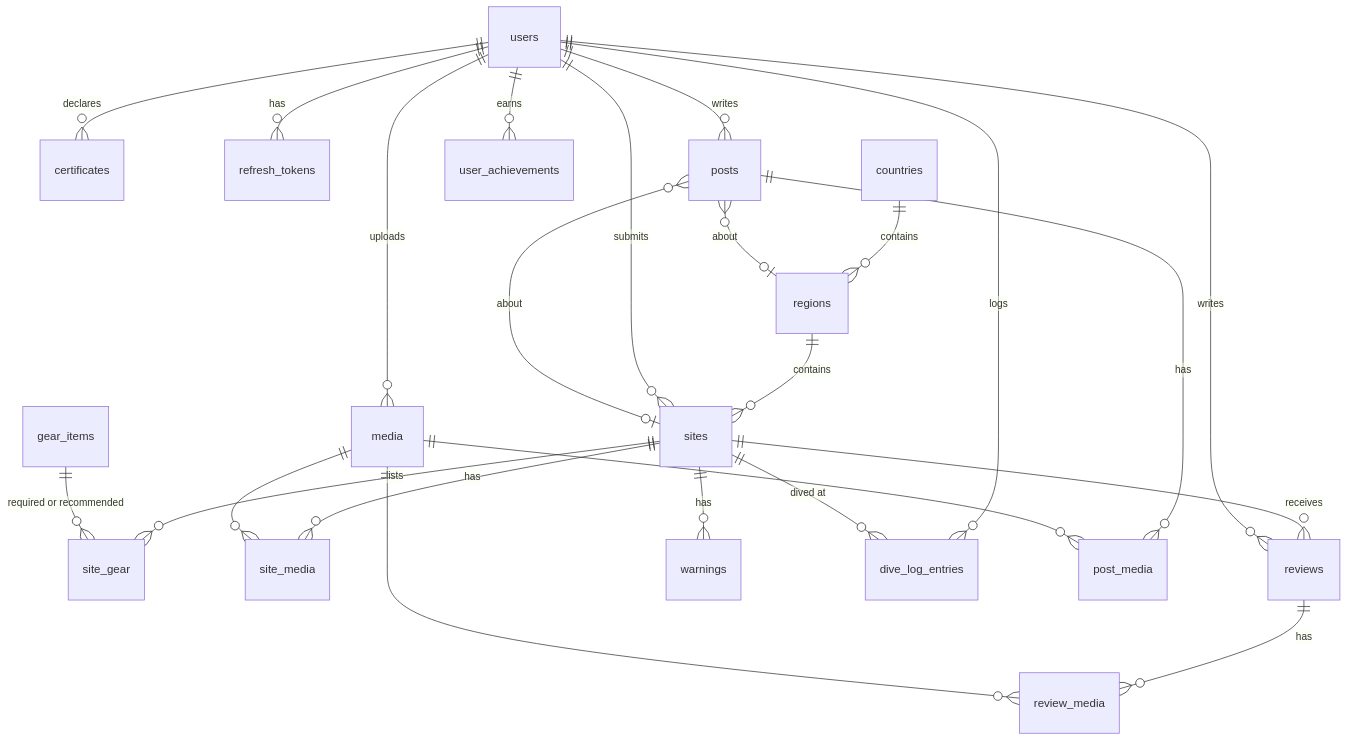
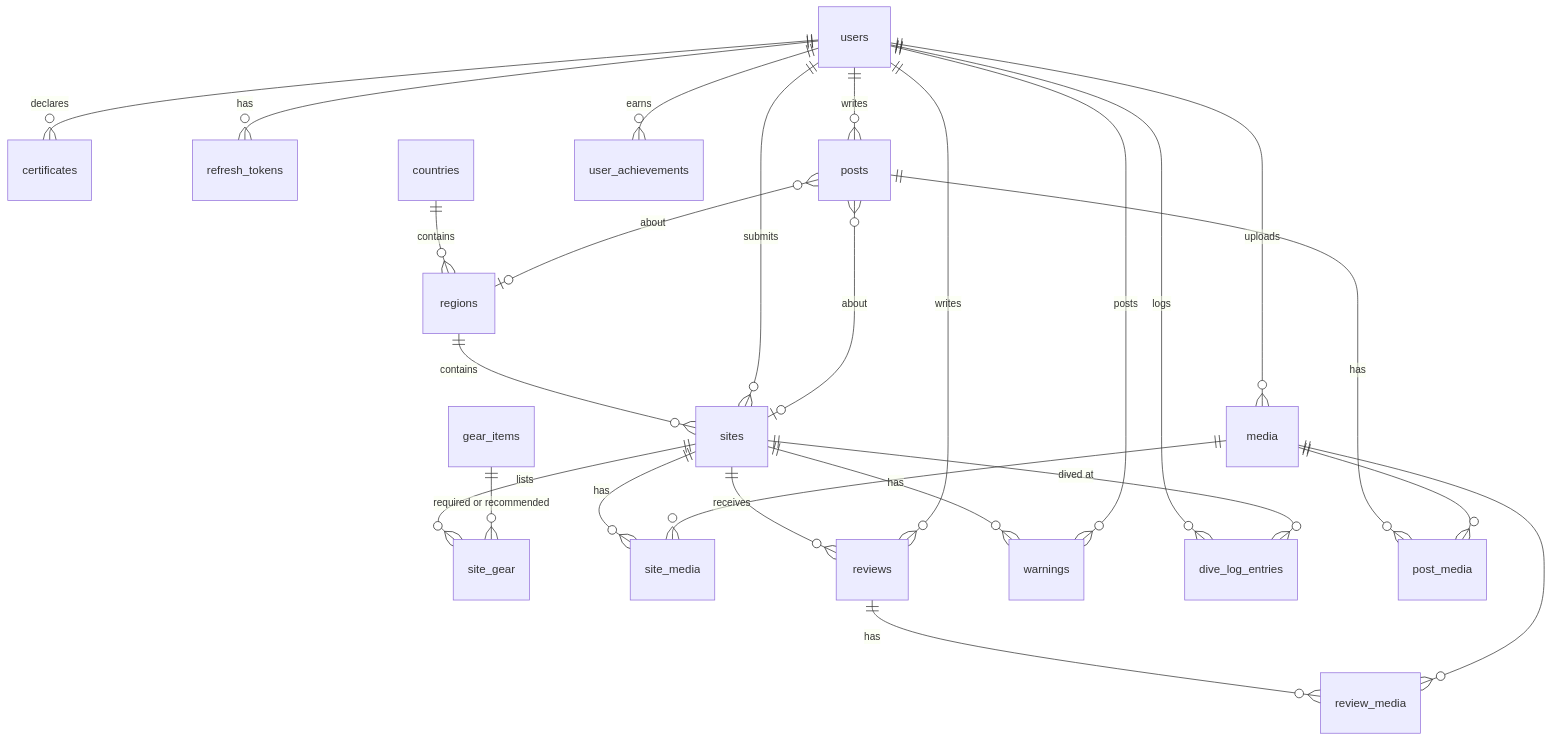
One commit to otipz19/naukma-divenet changed the second of 2 diagrams in docs/ARCHITECTURE.md. Above: the diagram before and after it, drawn with Mermaid. The commit also changed other lines of this file and 46 other files, not shown here.

````diff
--- a/docs/ARCHITECTURE.md
+++ b/docs/ARCHITECTURE.md
@@ -131,26 +132,27 @@
 ```mermaid
 erDiagram
   users ||--o{ certificates : declares
   users ||--o{ refresh_tokens : has
   countries ||--o{ regions : contains
   regions ||--o{ sites : contains
   sites ||--o{ site_gear : lists
   gear_items ||--o{ site_gear : "required or recommended"
   users ||--o{ sites : submits
   users ||--o{ media : uploads
   sites ||--o{ site_media : has
   sites ||--o{ reviews : receives
   users ||--o{ reviews : writes
   reviews ||--o{ review_media : has
   sites ||--o{ warnings : has
+  users ||--o{ warnings : posts
   users ||--o{ dive_log_entries : logs
   sites ||--o{ dive_log_entries : "dived at"
   users ||--o{ user_achievements : earns
   users ||--o{ posts : writes
   posts }o--o| sites : "about"
   posts }o--o| regions : "about"
   posts ||--o{ post_media : has
   media ||--o{ site_media : ""
   media ||--o{ review_media : ""
   media ||--o{ post_media : ""
 ```
````
